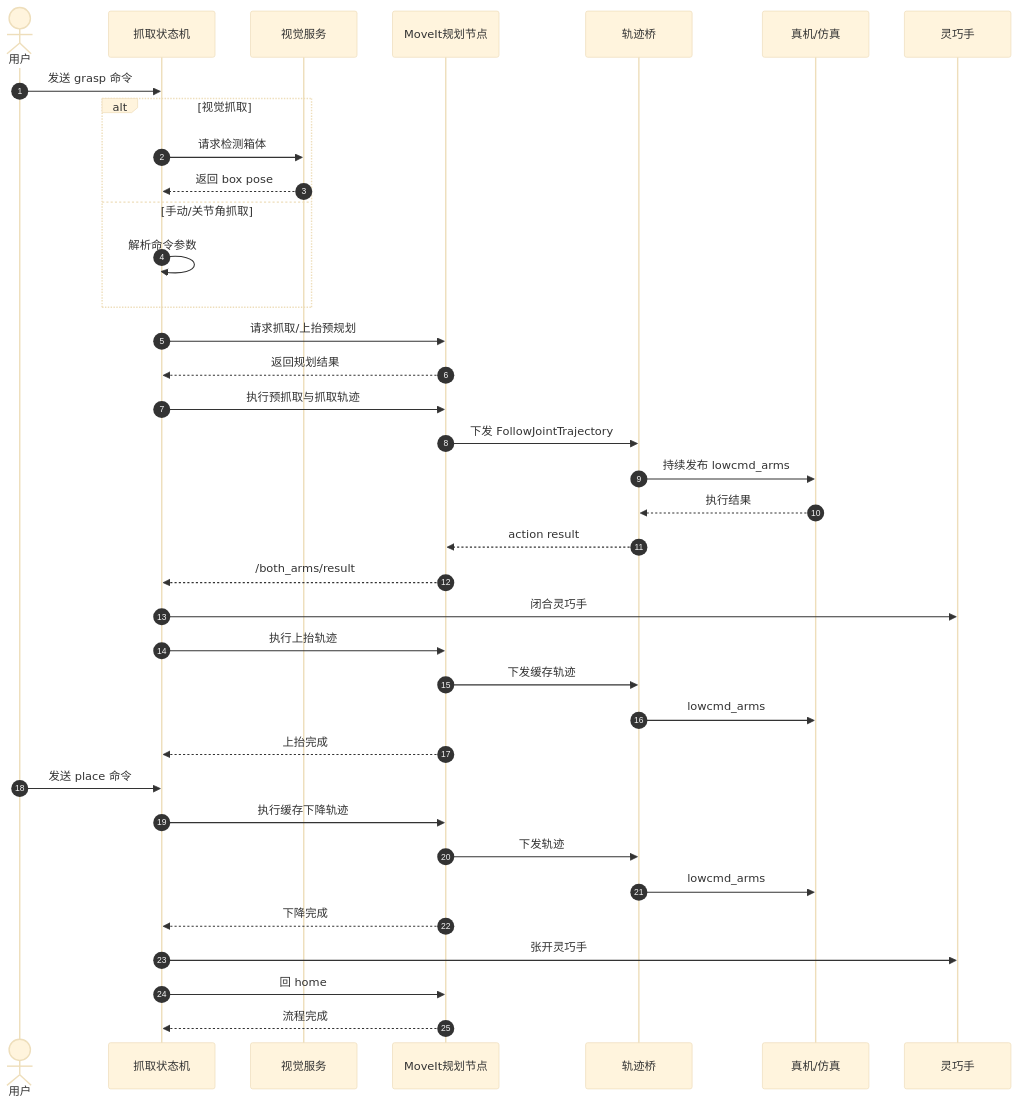
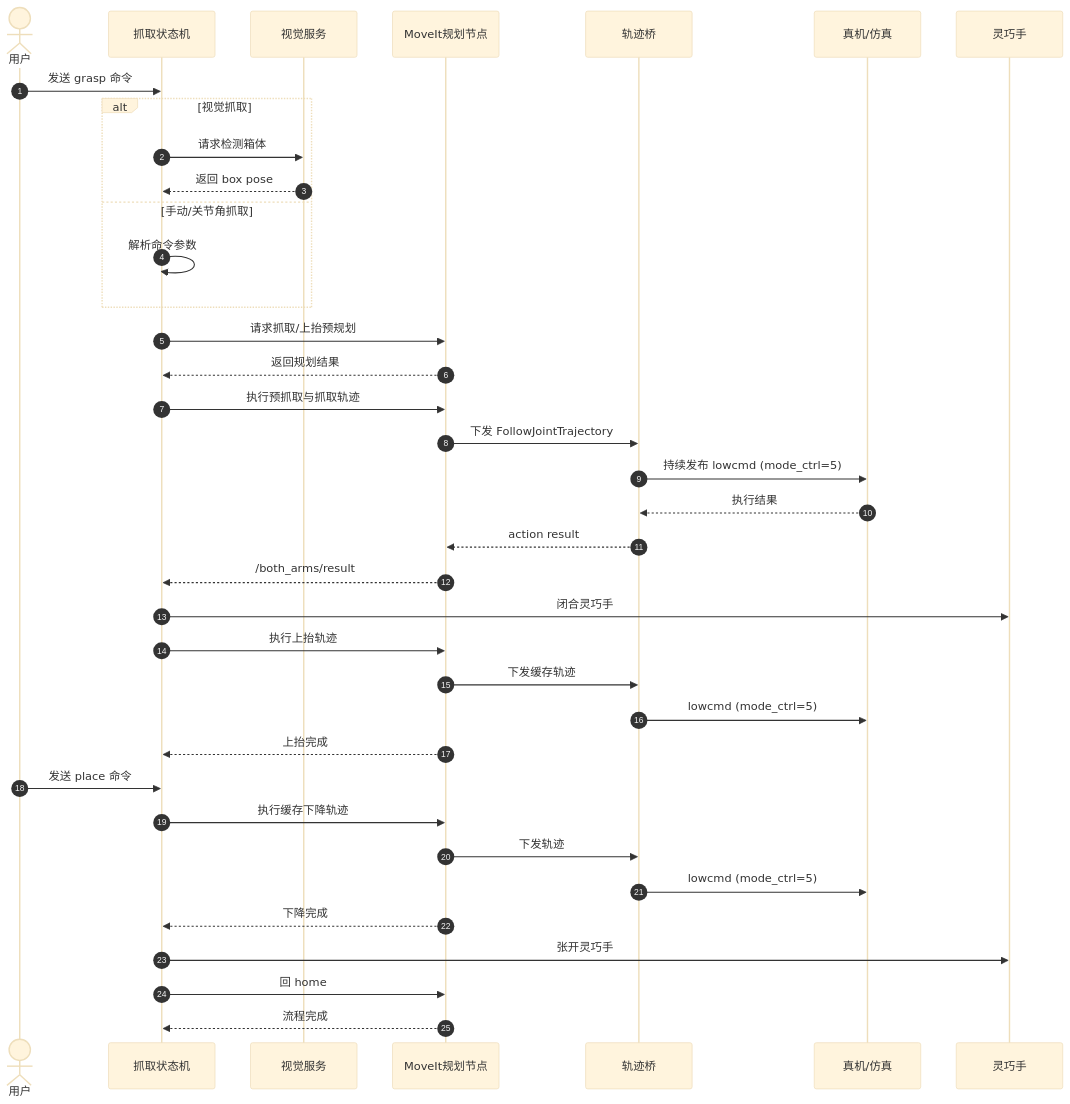
The fourth of 5 diagrams in src/qiling_s4/PROJECT_DIAGRAMS.md (qi-robotics/qiling_carry_box), drawn with Mermaid (base theme) before and after one commit. The commit also changed other lines of this file and 14 other files, not shown here.

````diff
--- a/src/qiling_s4/PROJECT_DIAGRAMS.md
+++ b/src/qiling_s4/PROJECT_DIAGRAMS.md
@@ -100,43 +100,43 @@
 ```mermaid
 sequenceDiagram
     autonumber
     actor User as 用户
     participant Seq as 抓取状态机
     participant Vision as 视觉服务
     participant Planner as MoveIt规划节点
     participant Bridge as 轨迹桥
     participant Robot as 真机/仿真
     participant Hand as 灵巧手
 
     User->>Seq: 发送 grasp 命令
     alt 视觉抓取
         Seq->>Vision: 请求检测箱体
         Vision-->>Seq: 返回 box pose
     else 手动/关节角抓取
         Seq->>Seq: 解析命令参数
     end
 
     Seq->>Planner: 请求抓取/上抬预规划
     Planner-->>Seq: 返回规划结果
     Seq->>Planner: 执行预抓取与抓取轨迹
     Planner->>Bridge: 下发 FollowJointTrajectory
-    Bridge->>Robot: 持续发布 lowcmd_arms
+    Bridge->>Robot: 持续发布 lowcmd (mode_ctrl=5)
     Robot-->>Bridge: 执行结果
     Bridge-->>Planner: action result
     Planner-->>Seq: /both_arms/result
 
     Seq->>Hand: 闭合灵巧手
     Seq->>Planner: 执行上抬轨迹
     Planner->>Bridge: 下发缓存轨迹
-    Bridge->>Robot: lowcmd_arms
+    Bridge->>Robot: lowcmd (mode_ctrl=5)
     Planner-->>Seq: 上抬完成
 
     User->>Seq: 发送 place 命令
     Seq->>Planner: 执行缓存下降轨迹
     Planner->>Bridge: 下发轨迹
-    Bridge->>Robot: lowcmd_arms
+    Bridge->>Robot: lowcmd (mode_ctrl=5)
     Planner-->>Seq: 下降完成
     Seq->>Hand: 张开灵巧手
     Seq->>Planner: 回 home
     Planner-->>Seq: 流程完成
 ```
````
